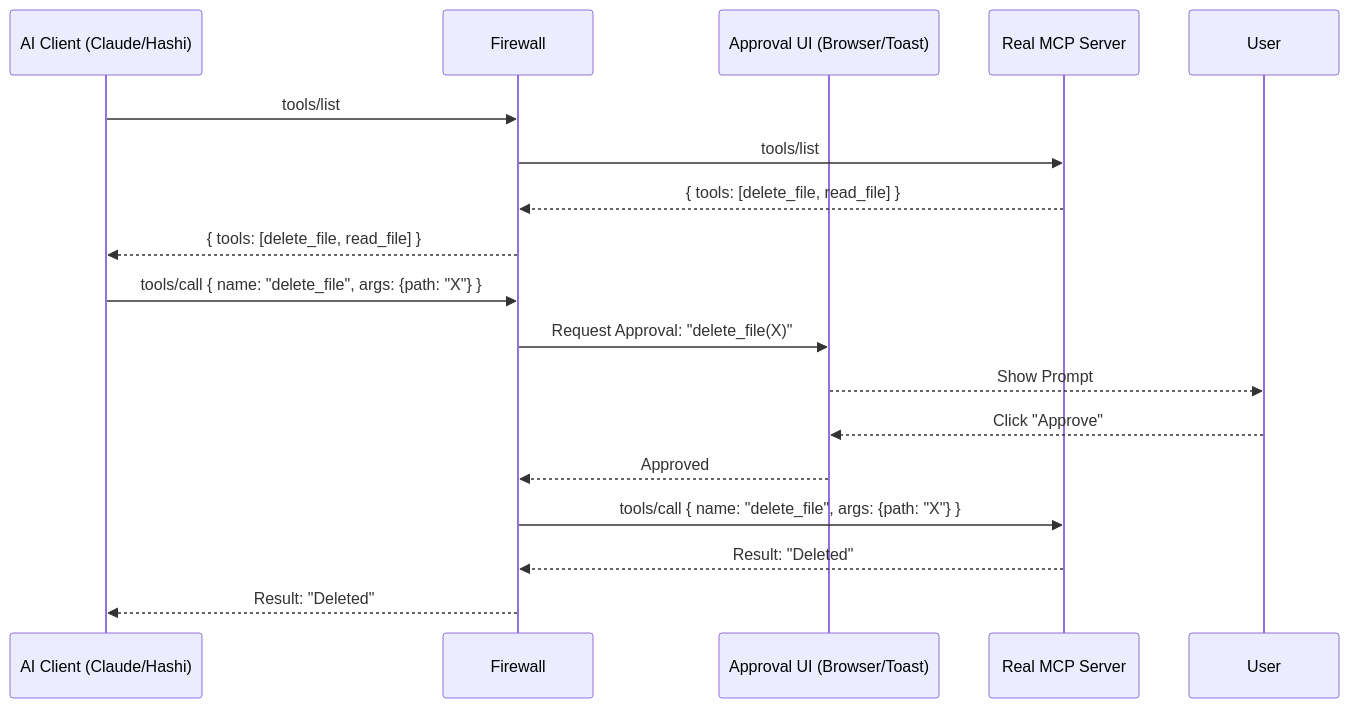
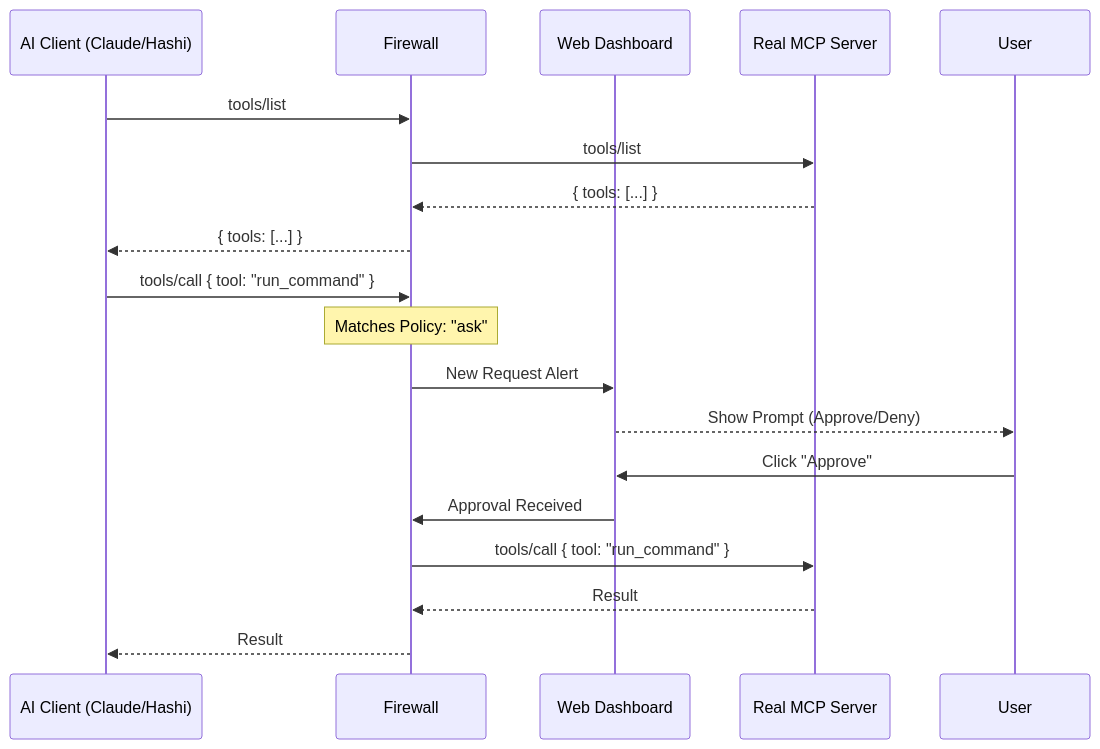
The diagram in docs/ARCHITECTURE.md (kagi-labs/aegis), drawn with Mermaid before and after one commit. The commit also changed other lines of this file, not shown here.

Commit message:
docs: update architecture with web dashboard, granular policies, and log-only mode

````diff
--- a/docs/ARCHITECTURE.md
+++ b/docs/ARCHITECTURE.md
@@ -6,21 +9,22 @@
 ```mermaid
 sequenceDiagram
     participant AI as AI Client (Claude/Hashi)
     participant FW as Firewall
-    participant UI as Approval UI (Browser/Toast)
+    participant Web as Web Dashboard
     participant Target as Real MCP Server
 
     AI->>FW: tools/list
     FW->>Target: tools/list
-    Target-->>FW: { tools: [delete_file, read_file] }
-    FW-->>AI: { tools: [delete_file, read_file] }
+    Target-->>FW: { tools: [...] }
+    FW-->>AI: { tools: [...] }
 
-    AI->>FW: tools/call { name: "delete_file", args: {path: "X"} }
-    FW->>UI: Request Approval: "delete_file(X)"
-    UI-->>User: Show Prompt
-    User-->>UI: Click "Approve"
-    UI-->>FW: Approved
-    FW->>Target: tools/call { name: "delete_file", args: {path: "X"} }
-    Target-->>FW: Result: "Deleted"
-    FW-->>AI: Result: "Deleted"
+    AI->>FW: tools/call { tool: "run_command" }
+    Note over FW: Matches Policy: "ask"
+    FW->>Web: New Request Alert
+    Web-->>User: Show Prompt (Approve/Deny)
+    User->>Web: Click "Approve"
+    Web->>FW: Approval Received
+    FW->>Target: tools/call { tool: "run_command" }
+    Target-->>FW: Result
+    FW-->>AI: Result
 ```
````
